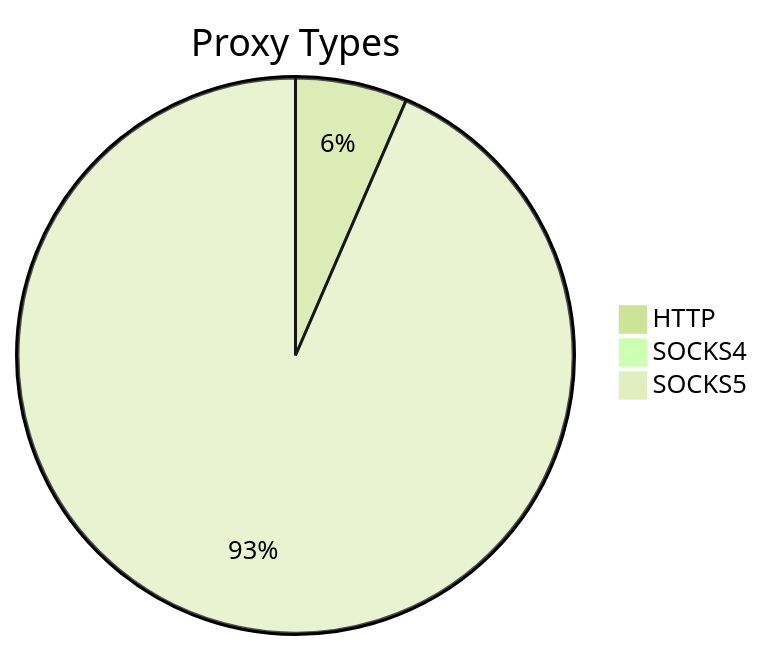
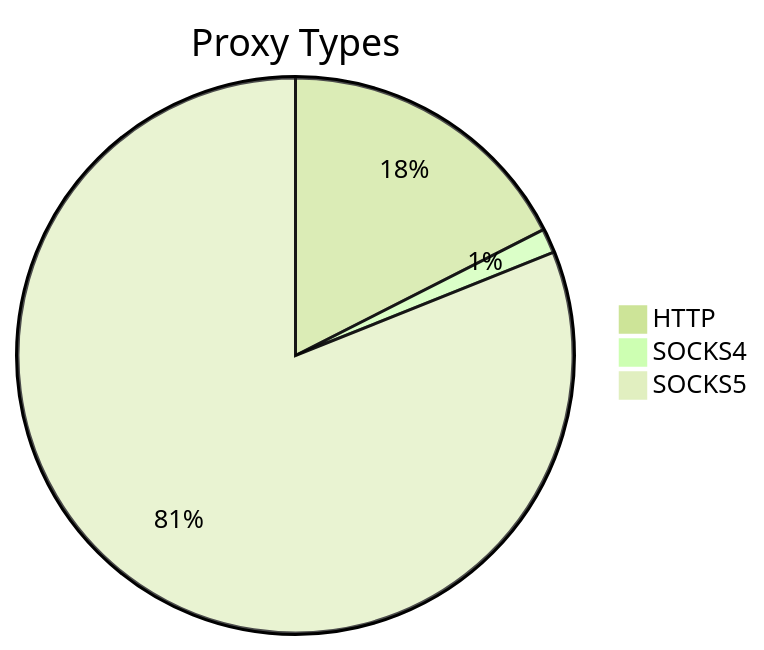
Before and after one commit to stormsia/proxy-list: the first of 2 diagrams in README.md, drawn with Mermaid (forest theme). The commit also changed other lines of this file, not shown here.

````diff
--- a/README.md
+++ b/README.md
@@ -21,6 +21,6 @@
 ```mermaid
 pie title Proxy Types
-    "HTTP" : 97
-    "SOCKS4" : 13
-    "SOCKS5" : 1393
+    "HTTP" : 123
+    "SOCKS4" : 10
+    "SOCKS5" : 569
 ```
````
